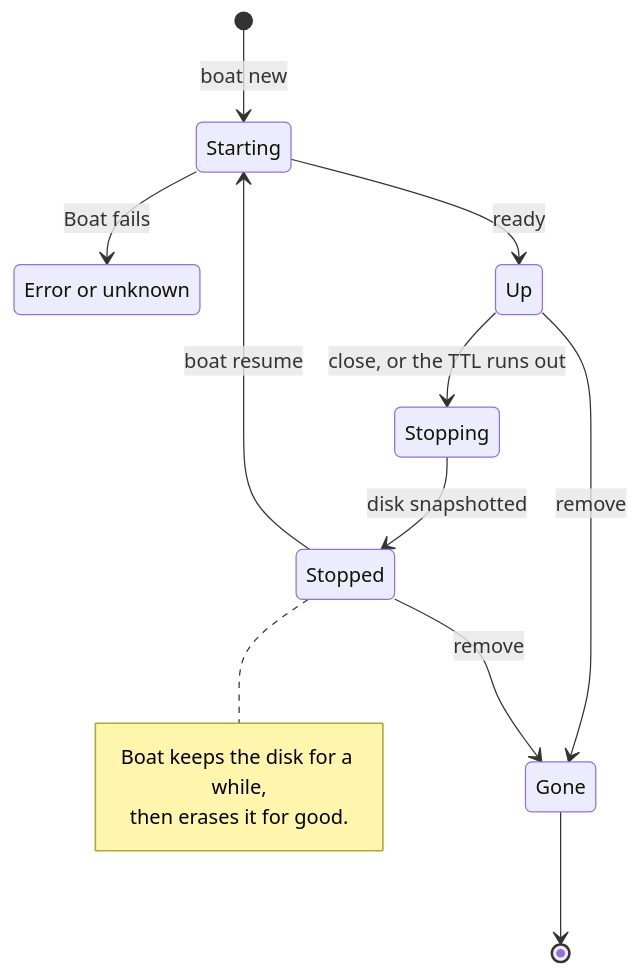
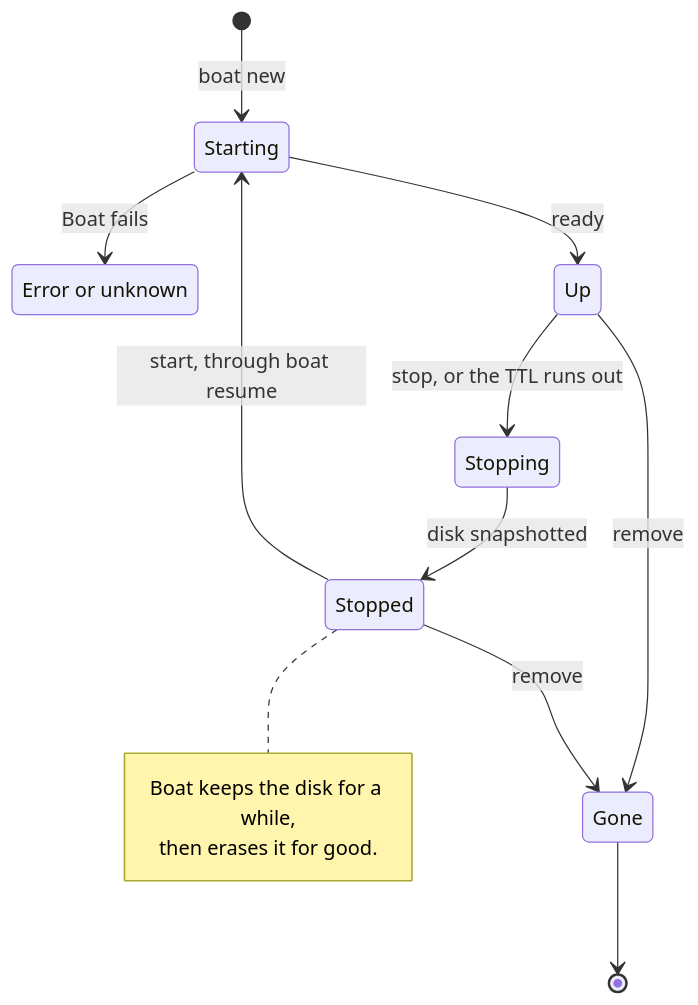
The second of 10 diagrams in docs/providers/boat.md (NextNodeSolutions/workspace), drawn with Mermaid before and after one commit. The commit also changed other lines of this file and 28 other files, not shown here.

First line of the commit message:
feat: setup once, then start, stop and list VMs by name (#5)

````diff
--- a/docs/providers/boat.md
+++ b/docs/providers/boat.md
@@ -59,17 +62,17 @@
 ```mermaid
 stateDiagram-v2
     state "Error or unknown" as Other
     [*] --> Starting: boat new
     Starting --> Up: ready
     Starting --> Other: Boat fails
-    Up --> Stopping: close, or the TTL runs out
+    Up --> Stopping: stop, or the TTL runs out
     Stopping --> Stopped: disk snapshotted
-    Stopped --> Starting: boat resume
+    Stopped --> Starting: start, through boat resume
     Up --> Gone: remove
     Stopped --> Gone: remove
     Gone --> [*]
     note right of Stopped
         Boat keeps the disk for a while,
         then erases it for good.
     end note
 ```
````
